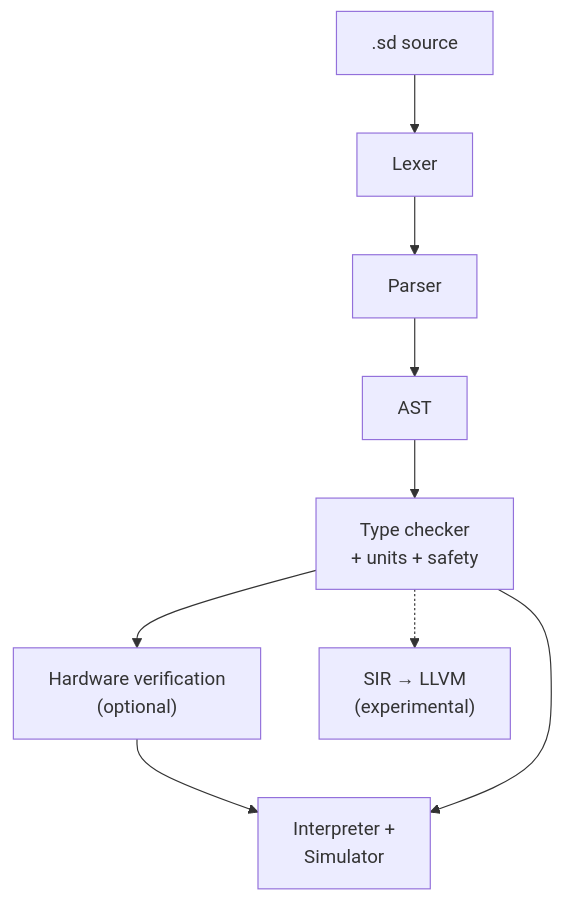
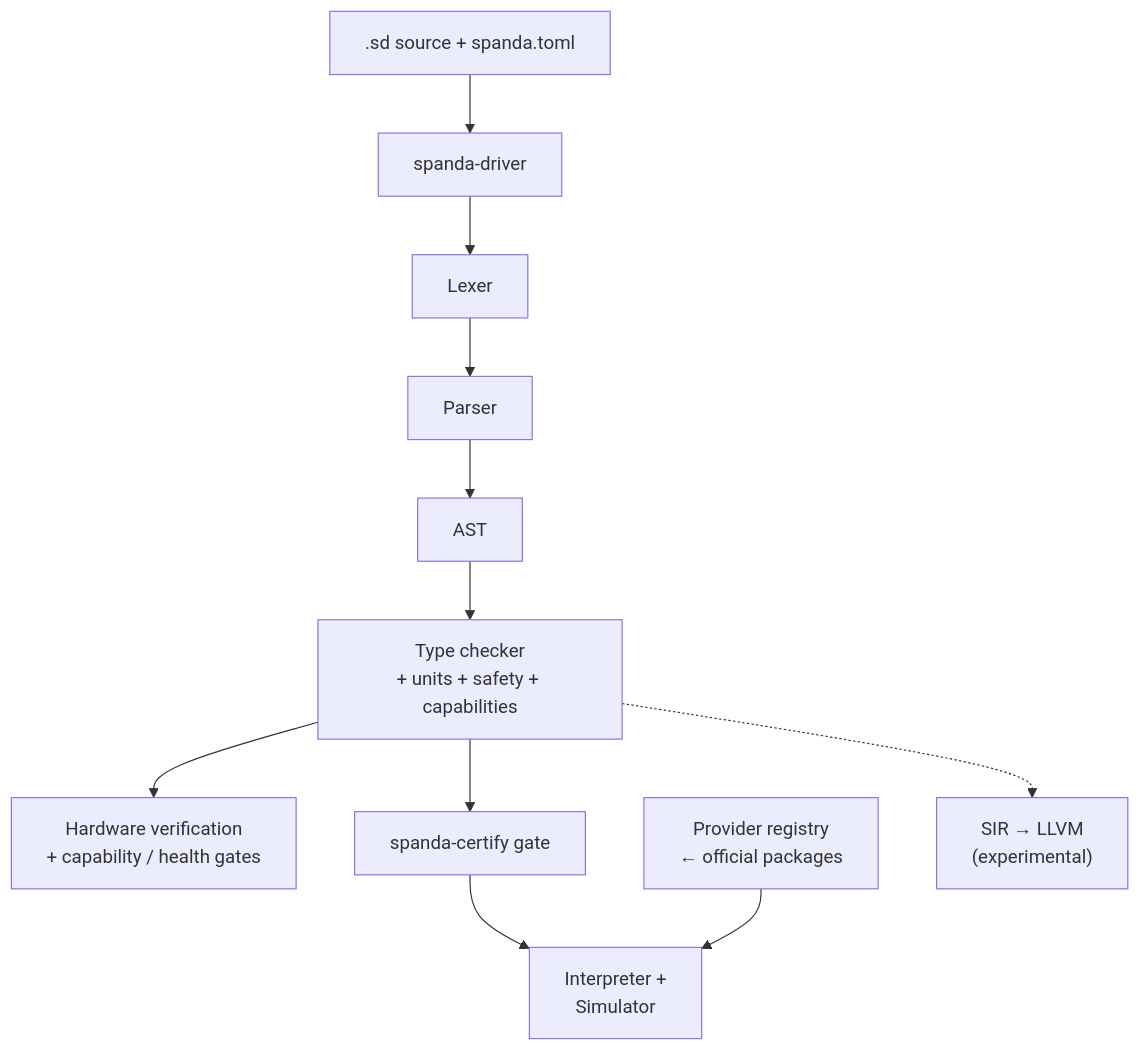
Before and after one commit to sujaydavalgi/Synapse: the first of 3 diagrams in docs/diagrams/README.md, drawn with Mermaid. The commit also changed 4 other files, not shown here.

First line of the commit message:
Refresh README examples and architecture docs for v0.4.

````diff
--- a/docs/diagrams/README.md
+++ b/docs/diagrams/README.md
@@ -7,17 +7,20 @@
 ```mermaid
 flowchart TD
-    SD[".sd source"]
+    SD[".sd source + spanda.toml"]
+    DRIVER["spanda-driver"]
     LEX["Lexer"]
     PAR["Parser"]
     AST["AST"]
-    TC["Type checker\n+ units + safety"]
-    HV["Hardware verification\n(optional)"]
+    TC["Type checker\n+ units + safety + capabilities"]
+    HV["Hardware verification\n+ capability / health gates"]
+    CERT["spanda-certify gate"]
     RT["Interpreter +\nSimulator"]
+    PKG["Provider registry\n← official packages"]
     SIR["SIR → LLVM\n(experimental)"]
 
-    SD --> LEX --> PAR --> AST --> TC
+    SD --> DRIVER --> LEX --> PAR --> AST --> TC
     TC --> HV
-    HV --> RT
-    TC --> RT
+    TC --> CERT --> RT
+    PKG --> RT
     TC -.-> SIR
 ```
````
